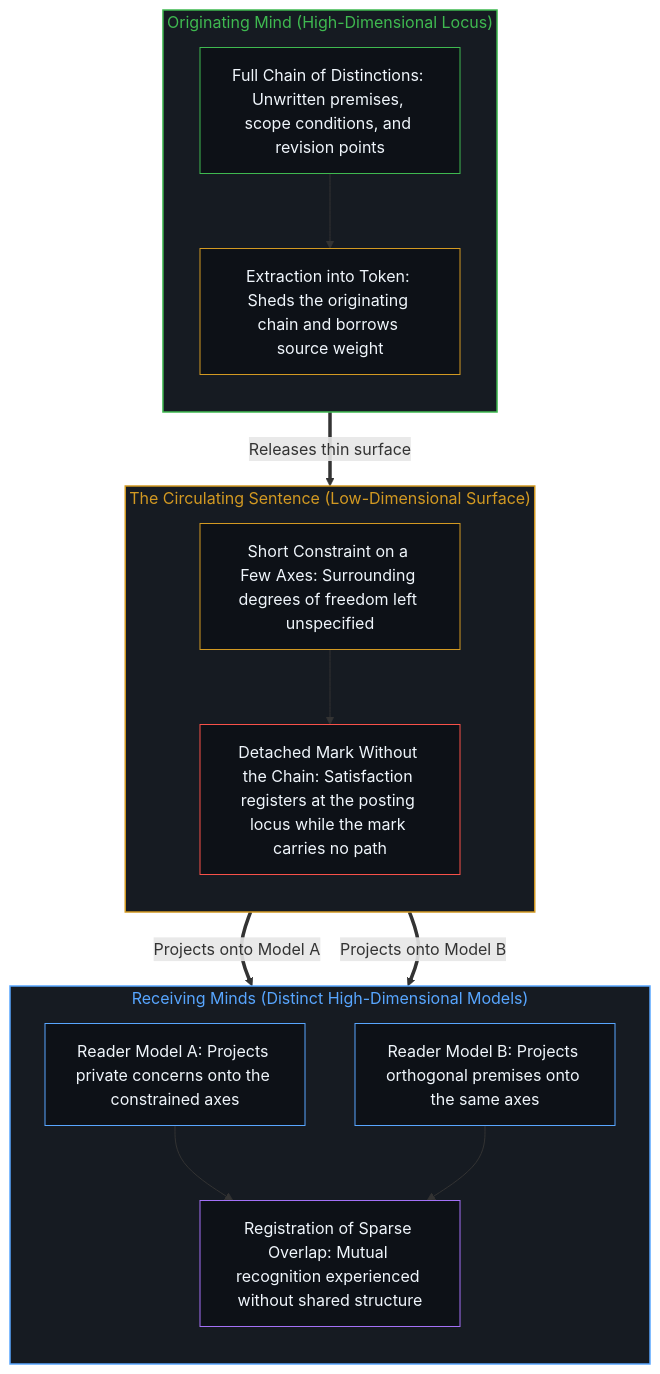
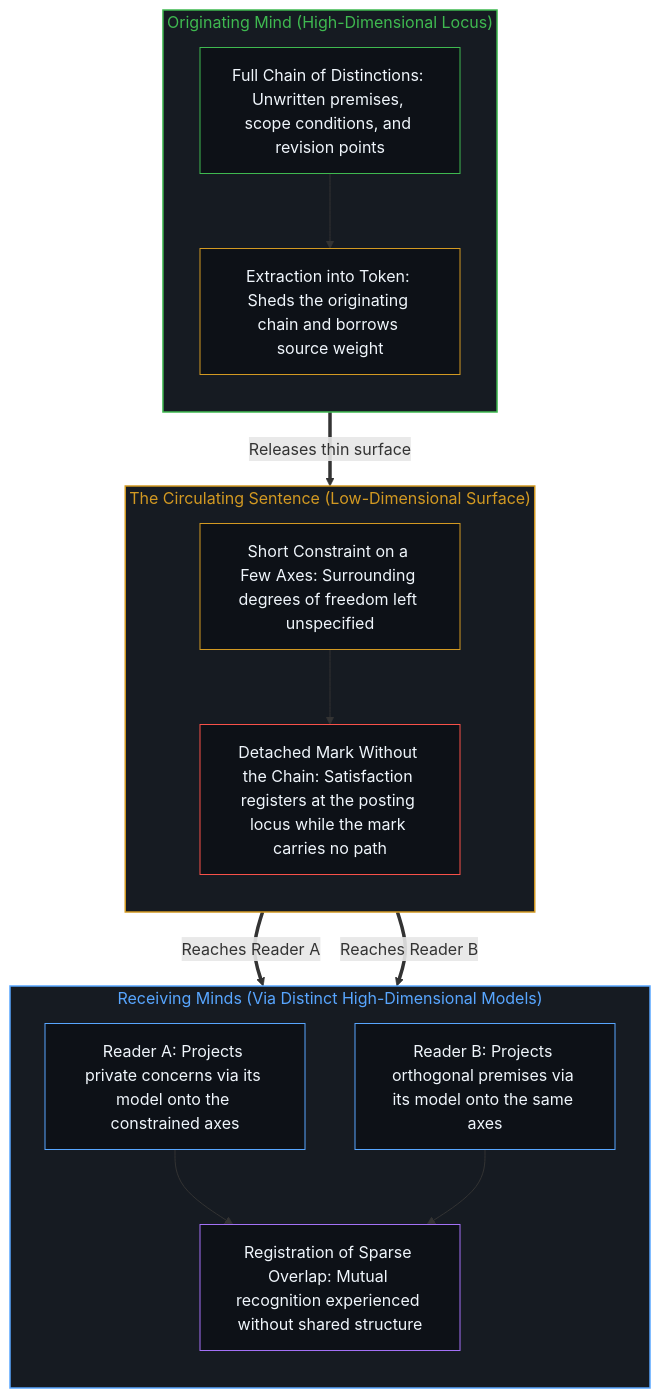
Before and after one commit to powerpig99/not-a-toe: the second of 4 diagrams in content/posts/the-surface-that-registers.md, drawn with Mermaid. The commit also changed other lines of this file and 3 other files, not shown here.

````diff
--- a/content/posts/the-surface-that-registers.md
+++ b/content/posts/the-surface-that-registers.md
@@ -66,36 +66,36 @@
 ```mermaid
 flowchart TD
     subgraph S_Orig["Originating Mind (High-Dimensional Locus)"]
         direction TB
         O_Chain["Full Chain of Distinctions: Unwritten premises, scope conditions, and revision points"]
         O_Drop["Extraction into Token: Sheds the originating chain and borrows source weight"]
         O_Chain --> O_Drop
     end
     subgraph S_Surf["The Circulating Sentence (Low-Dimensional Surface)"]
         direction TB
         Surf_Axes["Short Constraint on a Few Axes: Surrounding degrees of freedom left unspecified"]
         Surf_Zero["Detached Mark Without the Chain: Satisfaction registers at the posting locus while the mark carries no path"]
         Surf_Axes --> Surf_Zero
     end
-    subgraph S_Read["Receiving Minds (Distinct High-Dimensional Models)"]
+    subgraph S_Read["Receiving Minds (Via Distinct High-Dimensional Models)"]
         direction TB
-        R_MapA["Reader Model A: Projects private concerns onto the constrained axes"]
-        R_MapB["Reader Model B: Projects orthogonal premises onto the same axes"]
+        R_MapA["Reader A: Projects private concerns via its model onto the constrained axes"]
+        R_MapB["Reader B: Projects orthogonal premises via its model onto the same axes"]
         R_Res["Registration of Sparse Overlap: Mutual recognition experienced without shared structure"]
         R_MapA --> R_Res
         R_MapB --> R_Res
     end
     O_Drop ==>|"Releases thin surface"| Surf_Axes
-    Surf_Zero ==>|"Projects onto Model A"| R_MapA
-    Surf_Zero ==>|"Projects onto Model B"| R_MapB
+    Surf_Zero ==>|"Reaches Reader A"| R_MapA
+    Surf_Zero ==>|"Reaches Reader B"| R_MapB
     style S_Orig fill:#161b22,stroke:#3fb950,stroke-width:1.5px,color:#3fb950
     style S_Surf fill:#161b22,stroke:#d29922,stroke-width:1.5px,color:#d29922
     style S_Read fill:#161b22,stroke:#58a6ff,stroke-width:1.5px,color:#58a6ff
     style O_Chain fill:#0d1117,stroke:#3fb950,stroke-width:1px,color:#f0f6fc
     style O_Drop fill:#0d1117,stroke:#d29922,stroke-width:1px,color:#f0f6fc
     style Surf_Axes fill:#0d1117,stroke:#d29922,stroke-width:1px,color:#f0f6fc
     style Surf_Zero fill:#0d1117,stroke:#f85149,stroke-width:1px,color:#f0f6fc
     style R_MapA fill:#0d1117,stroke:#58a6ff,stroke-width:1px,color:#f0f6fc
     style R_MapB fill:#0d1117,stroke:#58a6ff,stroke-width:1px,color:#f0f6fc
     style R_Res fill:#0d1117,stroke:#a371f7,stroke-width:1px,color:#f0f6fc
 ```
````
